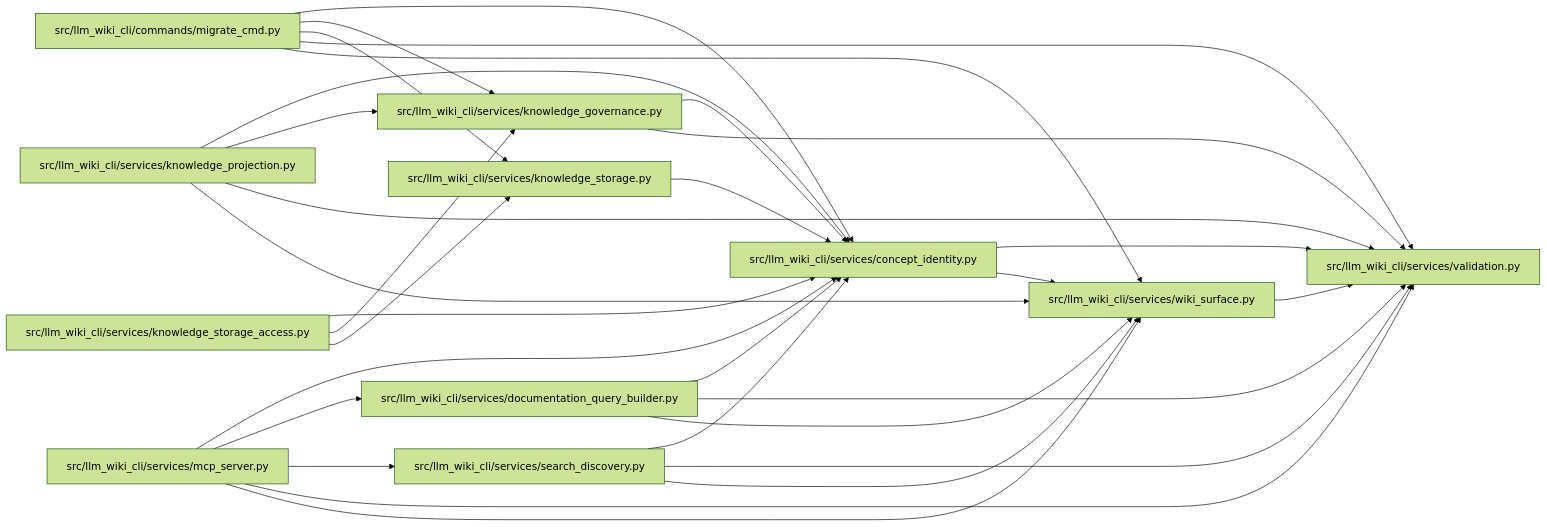
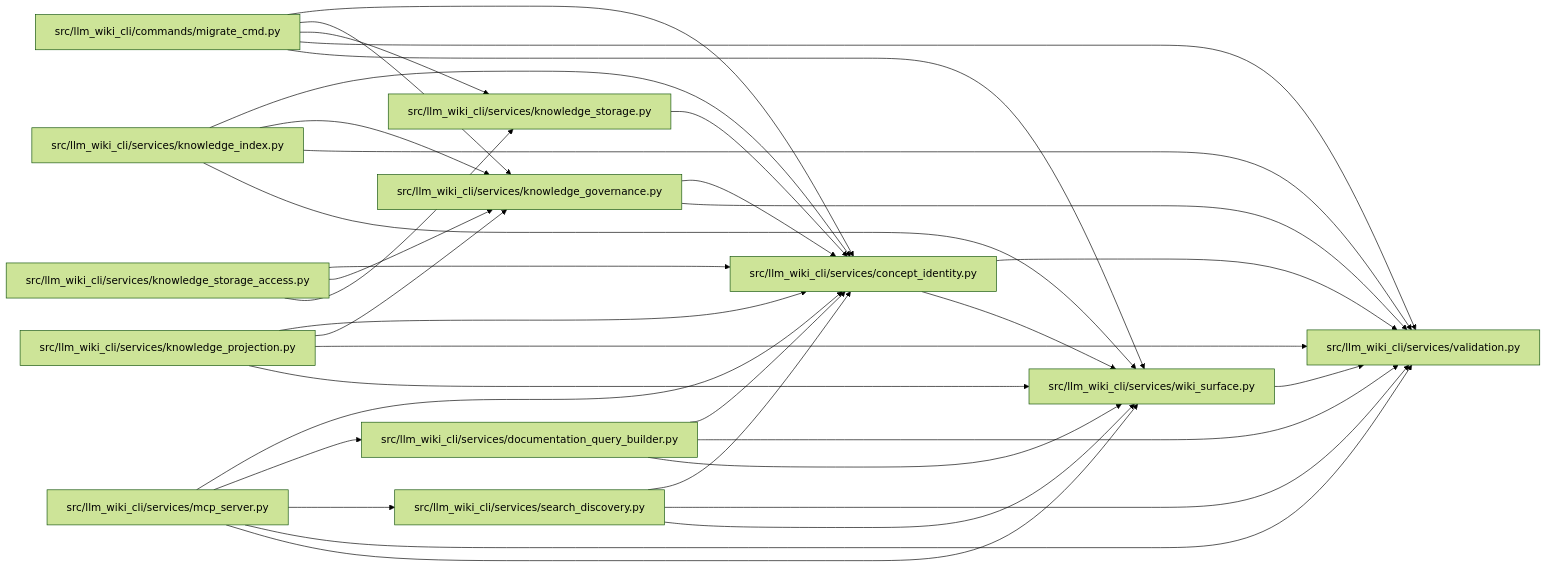
The diagram in docs/llm_wiki/modules/concept_identity.md (Denissvgn/python-wiki-llm), drawn with Mermaid (forest theme) before and after one commit. The commit also changed other lines of this file and 627 other files, not shown here.

````diff
--- a/docs/llm_wiki/modules/concept_identity.md
+++ b/docs/llm_wiki/modules/concept_identity.md
@@ -41,54 +41,60 @@
 ```mermaid
 flowchart LR
     n0["src/llm_wiki_cli/commands/migrate_cmd.py"]
     n1["src/llm_wiki_cli/services/concept_identity.py"]
     n2["src/llm_wiki_cli/services/documentation_query_builder.py"]
     n3["src/llm_wiki_cli/services/knowledge_governance.py"]
-    n4["src/llm_wiki_cli/services/knowledge_projection.py"]
-    n5["src/llm_wiki_cli/services/knowledge_storage.py"]
-    n6["src/llm_wiki_cli/services/knowledge_storage_access.py"]
-    n7["src/llm_wiki_cli/services/mcp_server.py"]
-    n8["src/llm_wiki_cli/services/search_discovery.py"]
-    n9["src/llm_wiki_cli/services/validation.py"]
-    n10["src/llm_wiki_cli/services/wiki_surface.py"]
+    n4["src/llm_wiki_cli/services/knowledge_index.py"]
+    n5["src/llm_wiki_cli/services/knowledge_projection.py"]
+    n6["src/llm_wiki_cli/services/knowledge_storage.py"]
+    n7["src/llm_wiki_cli/services/knowledge_storage_access.py"]
+    n8["src/llm_wiki_cli/services/mcp_server.py"]
+    n9["src/llm_wiki_cli/services/search_discovery.py"]
+    n10["src/llm_wiki_cli/services/validation.py"]
+    n11["src/llm_wiki_cli/services/wiki_surface.py"]
     n0 --> n1
     n0 --> n3
-    n0 --> n5
-    n0 --> n9
+    n0 --> n6
     n0 --> n10
-    n1 --> n9
+    n0 --> n11
     n1 --> n10
+    n1 --> n11
     n2 --> n1
-    n2 --> n9
     n2 --> n10
+    n2 --> n11
     n3 --> n1
-    n3 --> n9
+    n3 --> n10
     n4 --> n1
     n4 --> n3
-    n4 --> n9
     n4 --> n10
+    n4 --> n11
     n5 --> n1
+    n5 --> n3
+    n5 --> n10
+    n5 --> n11
     n6 --> n1
-    n6 --> n3
-    n6 --> n5
     n7 --> n1
-    n7 --> n2
-    n7 --> n8
-    n7 --> n9
-    n7 --> n10
+    n7 --> n3
+    n7 --> n6
     n8 --> n1
+    n8 --> n2
     n8 --> n9
     n8 --> n10
-    n10 --> n9
+    n8 --> n11
+    n9 --> n1
+    n9 --> n10
+    n9 --> n11
+    n11 --> n10
     click n0 "../modules/migrate_cmd.md"
     click n1 "../modules/concept_identity.md"
     click n2 "../modules/documentation_query_builder.md"
     click n3 "../modules/knowledge_governance.md"
-    click n4 "../modules/knowledge_projection.md"
-    click n5 "../modules/knowledge_storage.md"
-    click n6 "../modules/knowledge_storage_access.md"
-    click n7 "../modules/mcp_server.md"
-    click n8 "../modules/search_discovery.md"
-    click n9 "../modules/validation.md"
-    click n10 "../modules/wiki_surface.md"
+    click n4 "../modules/knowledge_index.md"
+    click n5 "../modules/knowledge_projection.md"
+    click n6 "../modules/knowledge_storage.md"
+    click n7 "../modules/knowledge_storage_access.md"
+    click n8 "../modules/mcp_server.md"
+    click n9 "../modules/search_discovery.md"
+    click n10 "../modules/validation.md"
+    click n11 "../modules/wiki_surface.md"
 ```
````
